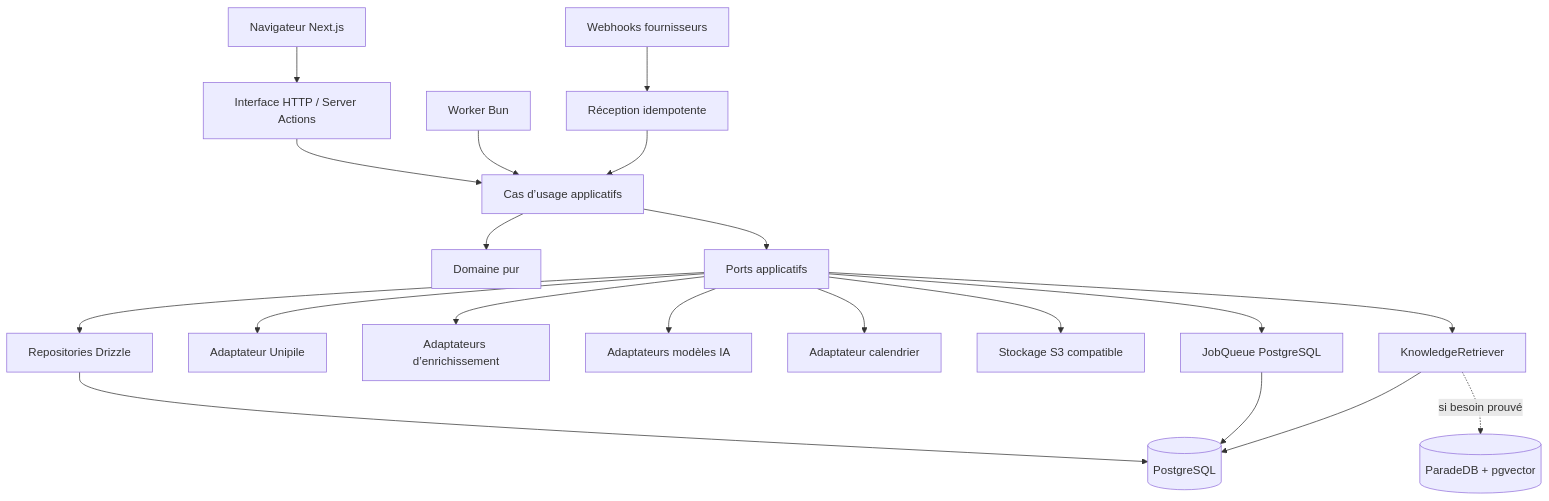
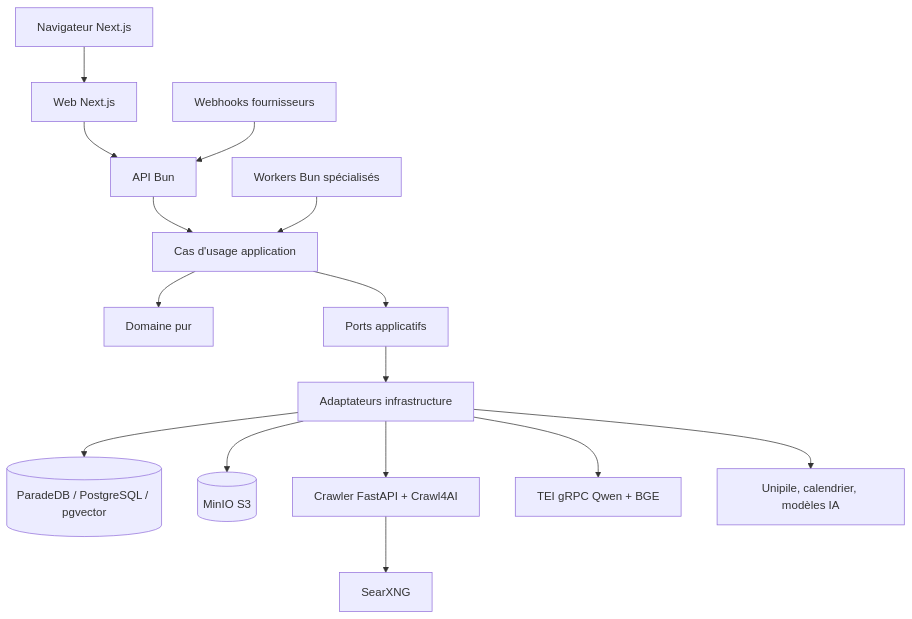
The second of 2 diagrams in docs/architecture/ARCHITECTURE.md (IgnitionAI/noosphere), drawn with Mermaid before and after one commit. The commit also changed other lines of this file and 20 other files, not shown here.

Commit message:
docs: reconcile Noosphere architecture

````diff
--- a/docs/architecture/ARCHITECTURE.md
+++ b/docs/architecture/ARCHITECTURE.md
@@ -50,25 +65,18 @@
 ```mermaid
 flowchart TB
-    Browser["Navigateur Next.js"] --> Web["Interface HTTP / Server Actions"]
-    Web --> App["Cas d’usage applicatifs"]
-    Worker["Worker Bun"] --> App
-    Webhook["Webhooks fournisseurs"] --> Intake["Réception idempotente"]
-    Intake --> App
+  Browser[Navigateur Next.js] --> Web[Web Next.js]
+  Web --> API[API Bun]
+  Provider[Webhooks fournisseurs] --> API
+  API --> Application[Cas d'usage application]
+  Workers[Workers Bun spécialisés] --> Application
+  Application --> Domain[Domaine pur]
+  Application --> Ports[Ports applicatifs]
+  Ports --> Infra[Adaptateurs infrastructure]
 
-    App --> Domain["Domaine pur"]
-    App --> Ports["Ports applicatifs"]
-
-    Ports --> Repositories["Repositories Drizzle"]
-    Ports --> Unipile["Adaptateur Unipile"]
-    Ports --> Enrichment["Adaptateurs d’enrichissement"]
-    Ports --> AI["Adaptateurs modèles IA"]
-    Ports --> Calendar["Adaptateur calendrier"]
-    Ports --> Storage["Stockage S3 compatible"]
-    Ports --> Queue["JobQueue PostgreSQL"]
-    Ports --> Search["KnowledgeRetriever"]
-
-    Repositories --> PostgreSQL[("PostgreSQL")]
-    Queue --> PostgreSQL
-    Search --> PostgreSQL
-    Search -. "si besoin prouvé" .-> ParadeDB[("ParadeDB + pgvector")]
+  Infra --> DB[(ParadeDB / PostgreSQL / pgvector)]
+  Infra --> Object[(MinIO S3)]
+  Infra --> Crawler[Crawler FastAPI + Crawl4AI]
+  Crawler --> Search[SearXNG]
+  Infra --> TEI[TEI gRPC Qwen + BGE]
+  Infra --> Providers[Unipile, calendrier, modèles IA]
 ```
````
